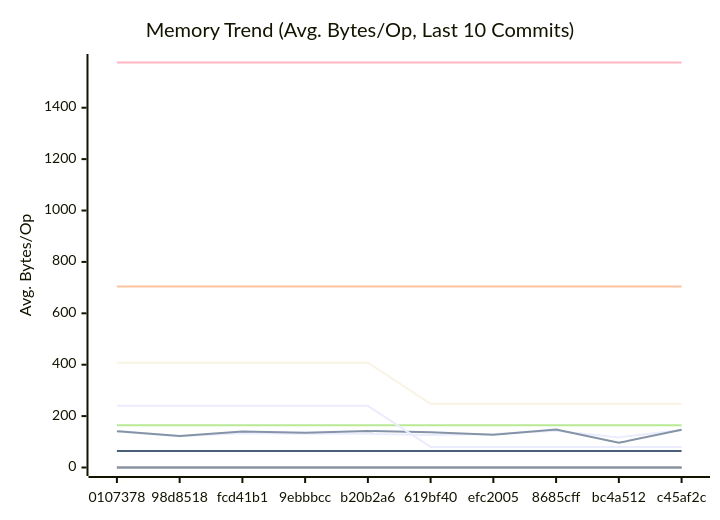
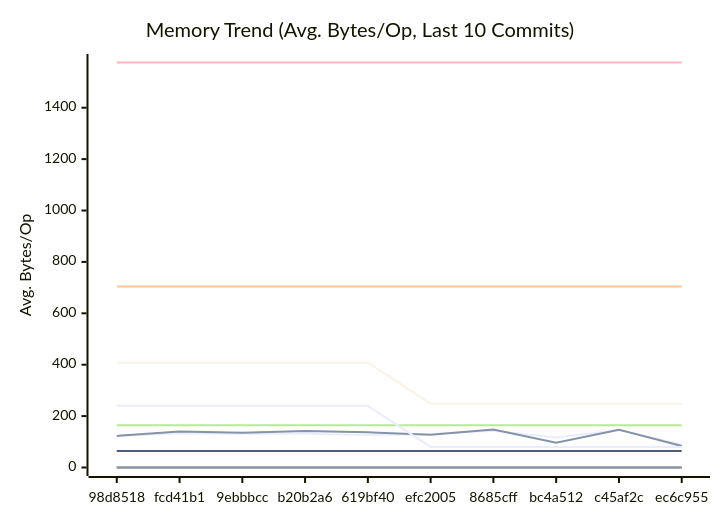
One commit to alsotoes/momo changed the second of 3 diagrams in docs/PERFORMANCE.md. Above: the diagram before and after it, drawn with Mermaid. The commit also changed other lines of this file and 3 other files, not shown here.

````diff
--- a/docs/PERFORMANCE.md
+++ b/docs/PERFORMANCE.md
@@ -171,20 +171,20 @@
 ```mermaid
 xychart-beta
     title "Memory Trend (Avg. Bytes/Op, Last 10 Commits)"
     x-axis "Commit"
     y-axis "Avg. Bytes/Op"
-    x-axis [0107378,98d8518,fcd41b1,9ebbbcc,b20b2a6,619bf40,efc2005,8685cff,bc4a512,c45af2c]
-    line "AWSChunkedReaderSigned" [140,122,133,131,131,126,130,143,117,146]
-    line "AWSChunkedReaderUnsigned" [141,123,140,135,142,137,127,148,96,147]
+    x-axis [98d8518,fcd41b1,9ebbbcc,b20b2a6,619bf40,efc2005,8685cff,bc4a512,c45af2c,ec6c955]
+    line "AWSChunkedReaderSigned" [122,133,131,131,126,130,143,117,146,90]
+    line "AWSChunkedReaderUnsigned" [123,140,135,142,137,127,148,96,147,84]
     line "CheckMetricsAndSwap" [0,0,0,0,0,0,0,0,0,0]
     line "CrushOptimized" [0,0,0,0,0,0,0,0,0,0]
     line "CrushOriginal" [164,164,164,164,164,164,164,164,164,164]
     line "IndexDirectTracking" [0,0,0,0,0,0,0,0,0,0]
     line "IndexSearch" [0,0,0,0,0,0,0,0,0,0]
     line "LoadGlobalConfig" [1576,1576,1576,1576,1576,1576,1576,1576,1576,1576]
     line "PadString" [64,64,64,64,64,64,64,64,64,64]
     line "ParseReplicationOrder_NoPrealloc" [408,408,408,408,408,248,248,248,248,248]
     line "ParseReplicationOrder_Prealloc" [240,240,240,240,240,80,80,80,80,80]
     line "SanitizeLog/Safe" [0,0,0,0,0,0,0,0,0,0]
     line "SanitizeLog/Unsafe" [704,704,704,704,704,704,704,704,704,704]
 ```
````
